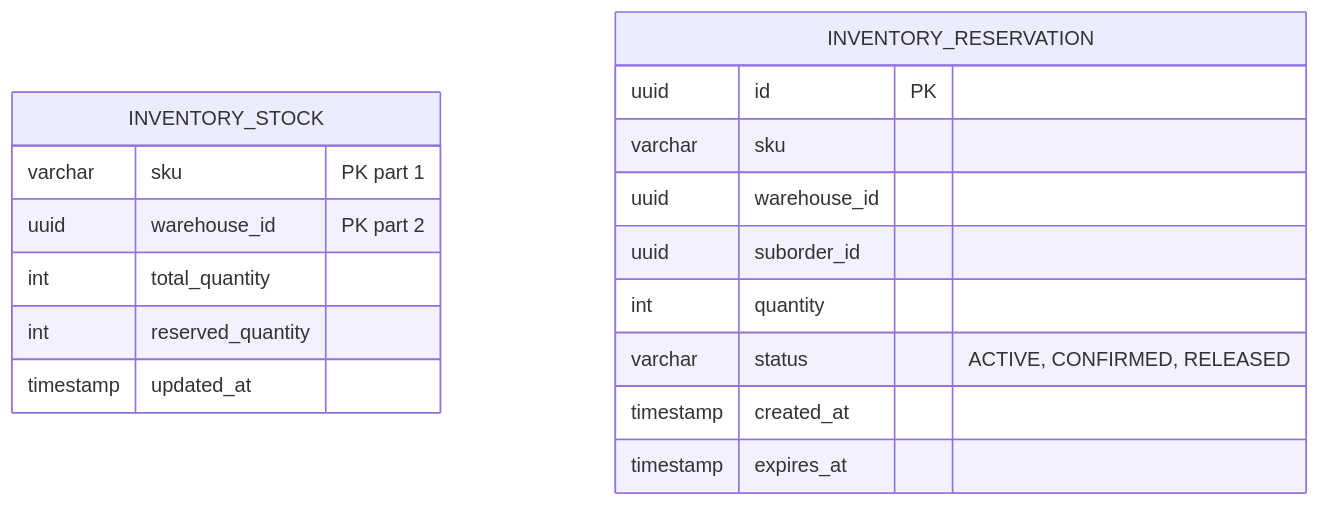
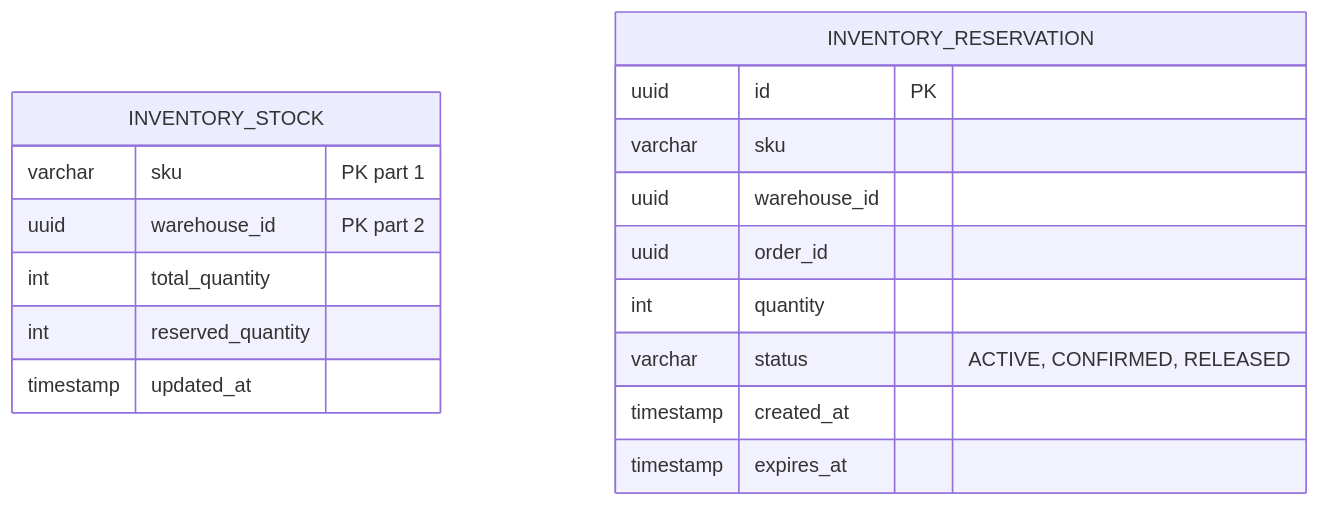
The fourth of 10 diagrams in marketplace-order-solution.md (Unbiscuit/dev_sol), drawn with Mermaid before and after one commit. The commit also changed other lines of this file, not shown here.

````diff
--- a/marketplace-order-solution.md
+++ b/marketplace-order-solution.md
@@ -207,21 +281,21 @@
 ```mermaid
 erDiagram
     INVENTORY_STOCK {
         varchar sku "PK part 1"
         uuid warehouse_id "PK part 2"
         int total_quantity
         int reserved_quantity
         timestamp updated_at
     }
 
     INVENTORY_RESERVATION {
         uuid id PK
         varchar sku
         uuid warehouse_id
-        uuid suborder_id
+        uuid order_id
         int quantity
         varchar status "ACTIVE, CONFIRMED, RELEASED"
         timestamp created_at
         timestamp expires_at
     }
 ```
````
